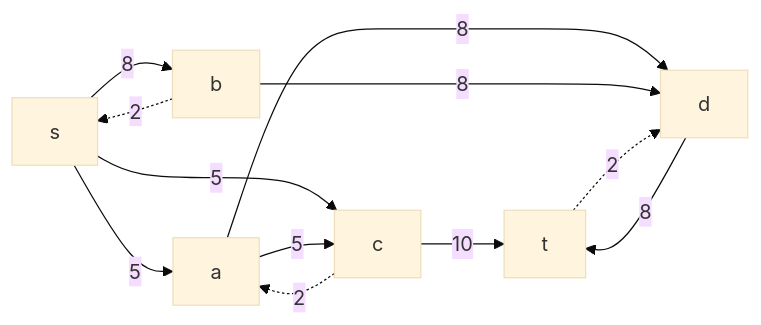
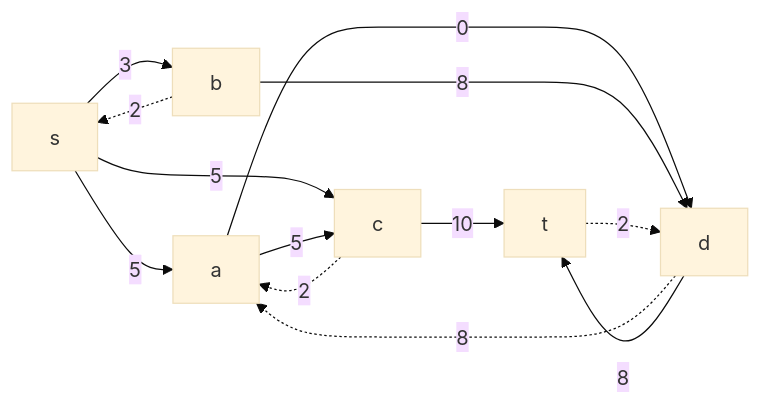
One commit to HSE-algo-23-owl/manual_tasks changed diagram 13 of 16 in task_15/blur_15.md. Above: the diagram before and after it, drawn with Mermaid (base theme). The commit also changed other lines of this file, not shown here.

````diff
--- a/task_15/blur_15.md
+++ b/task_15/blur_15.md
@@ -184,14 +187,15 @@
 ```mermaid
 graph LR
     s-->|5|a
-    s-->|8|b
+    s-->|3|b
     b-.->|2|s
     s-->|5|c
     a-->|5|c
     c-.->|2|a
-    a-->|8|d
+    a-->|0|d
+    d-.->|8|a
     b-->|8|d
     c-->|10|t
     d-->|8|t
     t-.->|2|d
 ```
````
